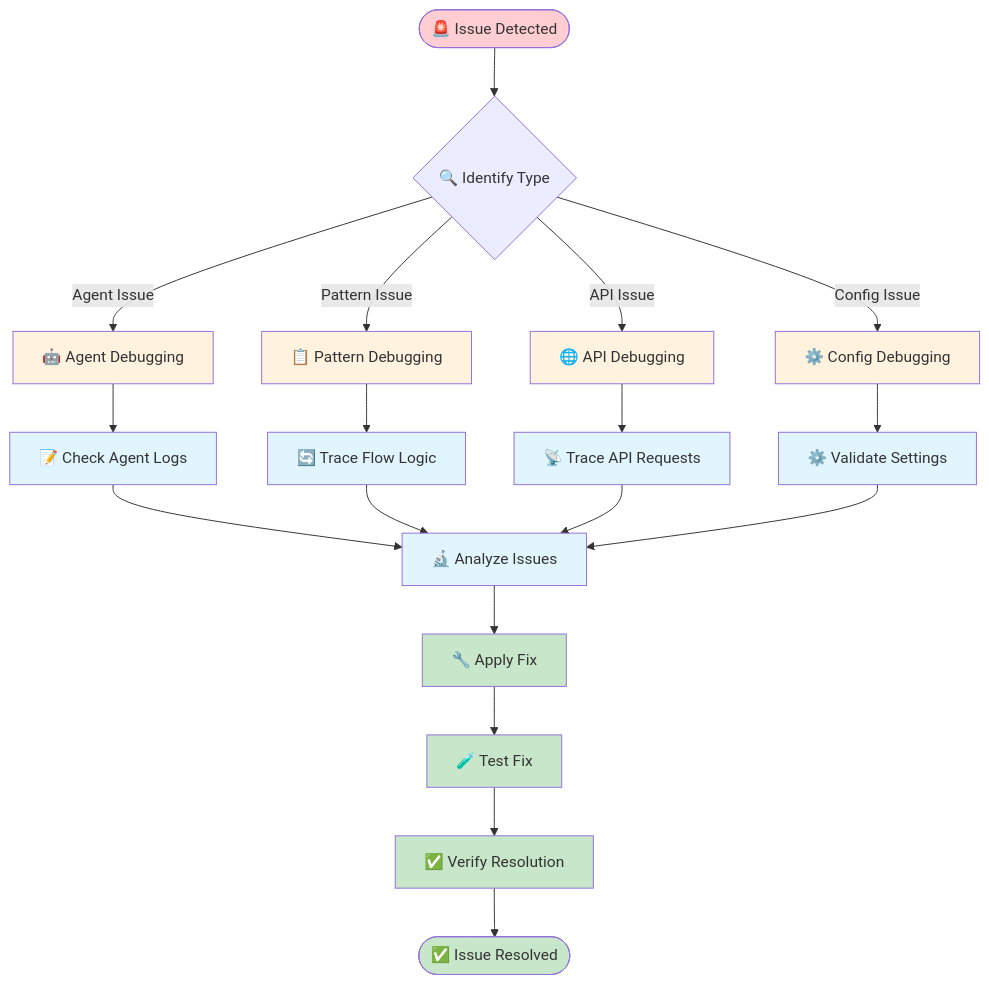
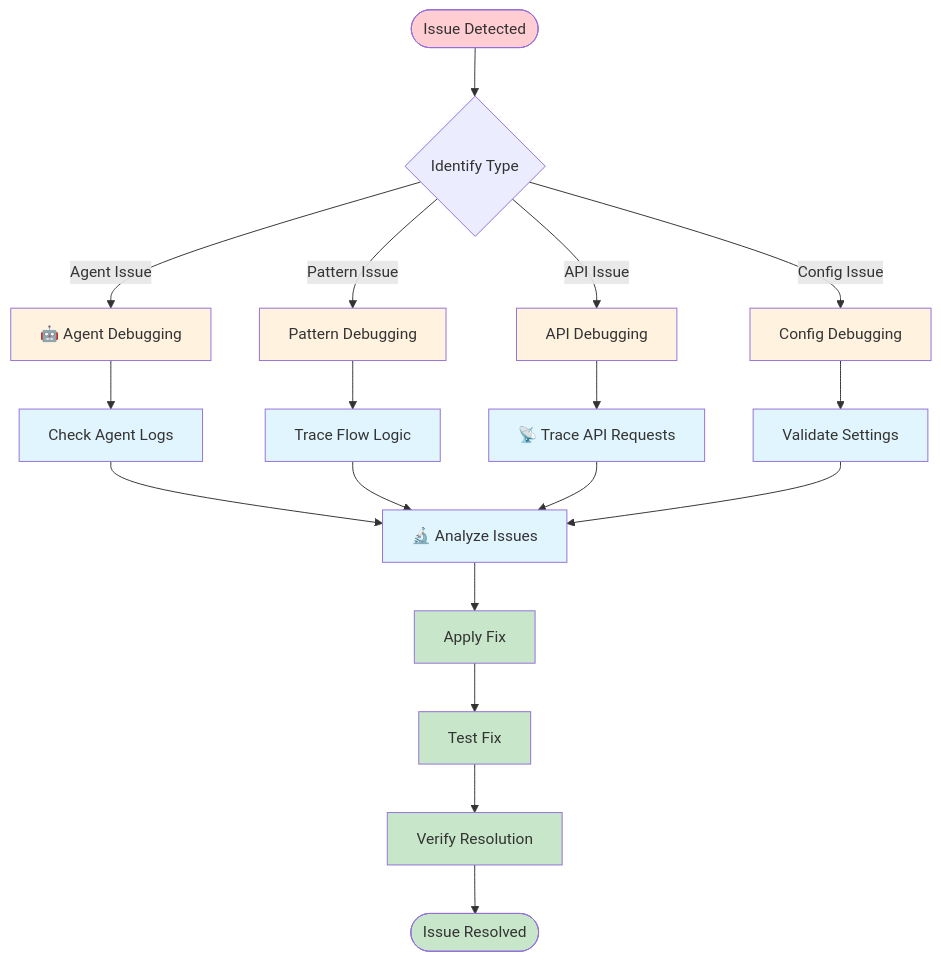
Diagram 11 of 11 in docs/development/README.md (the-ingenious-dark-knight/Insight_Ingenious), drawn with Mermaid before and after one commit. The commit also changed other lines of this file and 23 other files, not shown here.

````diff
--- a/docs/development/README.md
+++ b/docs/development/README.md
@@ -676,34 +676,34 @@
 ```mermaid
 flowchart TD
-    ISSUE([🚨 Issue Detected]) --> IDENTIFY{🔍 Identify Type}
+    ISSUE([ Issue Detected]) --> IDENTIFY{ Identify Type}
 
     IDENTIFY -->|Agent Issue| AGENT_DEBUG[🤖 Agent Debugging]
-    IDENTIFY -->|Pattern Issue| PATTERN_DEBUG[📋 Pattern Debugging]
-    IDENTIFY -->|API Issue| API_DEBUG[🌐 API Debugging]
-    IDENTIFY -->|Config Issue| CONFIG_DEBUG[⚙️ Config Debugging]
+    IDENTIFY -->|Pattern Issue| PATTERN_DEBUG[ Pattern Debugging]
+    IDENTIFY -->|API Issue| API_DEBUG[ API Debugging]
+    IDENTIFY -->|Config Issue| CONFIG_DEBUG[ Config Debugging]
 
-    AGENT_DEBUG --> LOGS[📝 Check Agent Logs]
-    PATTERN_DEBUG --> FLOW[🔄 Trace Flow Logic]
+    AGENT_DEBUG --> LOGS[ Check Agent Logs]
+    PATTERN_DEBUG --> FLOW[ Trace Flow Logic]
     API_DEBUG --> REQUESTS[📡 Trace API Requests]
-    CONFIG_DEBUG --> SETTINGS[⚙️ Validate Settings]
+    CONFIG_DEBUG --> SETTINGS[ Validate Settings]
 
     LOGS --> ANALYZE[🔬 Analyze Issues]
     FLOW --> ANALYZE
     REQUESTS --> ANALYZE
     SETTINGS --> ANALYZE
 
-    ANALYZE --> FIX[🔧 Apply Fix]
-    FIX --> TEST[🧪 Test Fix]
-    TEST --> VERIFY[✅ Verify Resolution]
-    VERIFY --> DONE([✅ Issue Resolved])
+    ANALYZE --> FIX[ Apply Fix]
+    FIX --> TEST[ Test Fix]
+    TEST --> VERIFY[ Verify Resolution]
+    VERIFY --> DONE([ Issue Resolved])
 
     classDef issue fill:#ffcdd2
     classDef debug fill:#fff3e0
     classDef process fill:#e1f5fe
     classDef fix fill:#c8e6c9
 
     class ISSUE issue
     class AGENT_DEBUG,PATTERN_DEBUG,API_DEBUG,CONFIG_DEBUG debug
     class LOGS,FLOW,REQUESTS,SETTINGS,ANALYZE process
     class FIX,TEST,VERIFY,DONE fix
 ```
````
